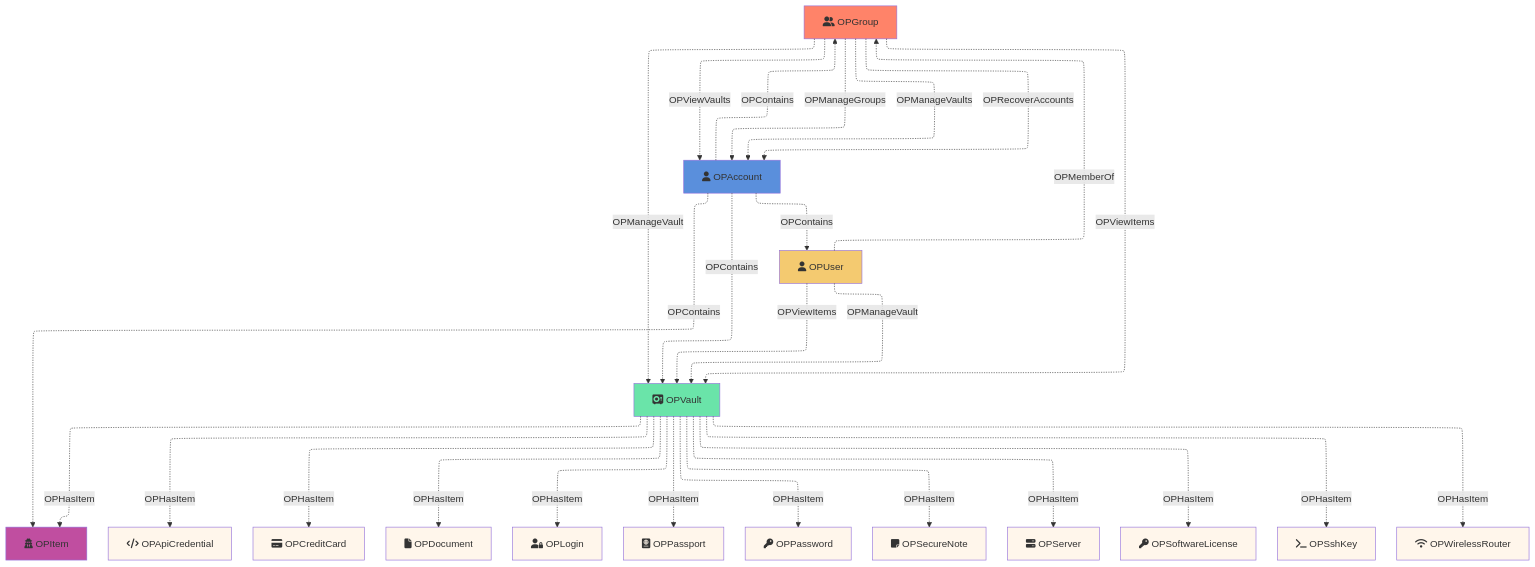
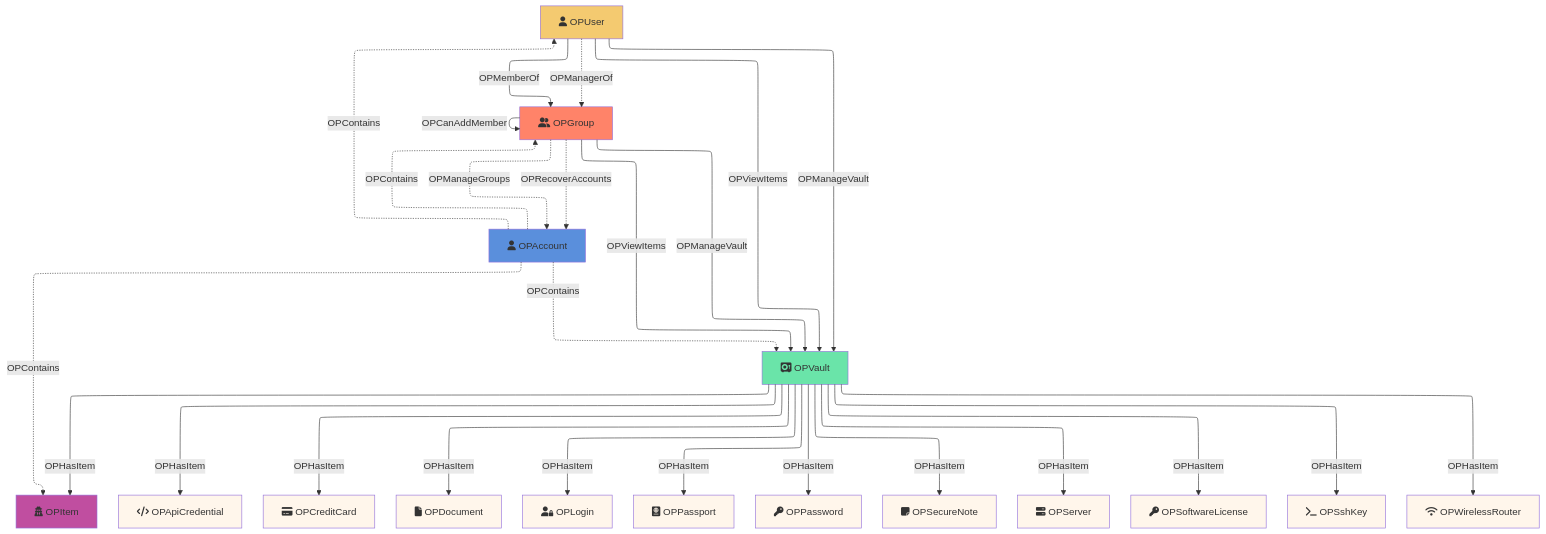
The diagram in model.mermaid (SpecterOps/1PassHound), drawn with Mermaid before and after one commit. The commit also changed 3 other files, not shown here.

Commit message:
Added OPCanAddMember edge

```diff
--- a/model.mermaid
+++ b/model.mermaid
@@ -1,108 +1,116 @@
 ---
 config:
   layout: elk
 ---
 flowchart TD
     OPAccount[fa:fa-user OPAccount]
     OPUser[fa:fa-user OPUser]
     OPGroup[fa:fa-user-group OPGroup]
     OPVault[fa:fa-vault OPVault]
     OPItem[fa:fa-user-secret OPItem]
     OPApiCredential[fa:fa-code OPApiCredential]
     OPCreditCard[fa:fa-credit-card OPCreditCard]
     OPDocument[fa:fa-file OPDocument]
     OPLogin[fa:fa-user-lock OPLogin]
     OPPassport[fa:fa-passport OPPassport]
     OPPassword[fa:fa-key OPPassword]
     OPSecureNote[fa:fa-note-sticky OPSecureNote]
     OPServer[fa:fa-server OPServer]
     OPSoftwareLicense[fa:fa-key OPSoftwareLicense]
     OPSshKey[fa:fa-terminal OPSshKey]
     OPWirelessRouter[fa:fa-wifi OPWirelessRouter]
 
     style OPAccount fill:#5A8FDC
     style OPUser fill:#F4CA70
     style OPGroup fill:#FF8369
     style OPVault fill:#6AE4A9
     style OPItem fill:#C04EA0
     style OPApiCredential fill:#FFF6EB
     style OPCreditCard fill:#FFF6EB
     style OPDocument fill:#FFF6EB
     style OPLogin fill:#FFF6EB
     style OPPassport fill:#FFF6EB
     style OPPassword fill:#FFF6EB
     style OPSecureNote fill:#FFF6EB
     style OPServer fill:#FFF6EB
     style OPSoftwareLicense fill:#FFF6EB
     style OPSshKey fill:#FFF6EB
     style OPWirelessRouter fill:#FFF6EB
     
     OPAccount -.->|OPContains| OPItem
     OPAccount -.->|OPContains| OPUser
     OPAccount -.->|OPContains| OPVault
     OPAccount -.->|OPContains| OPGroup
 
-    OPUser -.->|OPMemberOf| OPGroup
+    OPUser -->|OPMemberOf| OPGroup
+    OPUser -.->|OPManagerOf| OPGroup
 
-    OPUser -.->|OPViewItems| OPVault
+    OPUser -->|OPViewItems| OPVault
 %%  OPUser -.->|OPCreateItems| OPVault
 %%  OPUser -.->|OPEditItems| OPVault
 %%  OPUser -.->|OPArchiveItems| OPVault
 %%  OPUser -.->|OPDeleteItems| OPVault
+    OPUser -->|OPManageVault| OPVault
+%% These represent "Client Settings" that are only applied at the application layer %%
 %%  OPUser -.->|OPViewAndCopyPasswords| OPVault
 %%  OPUser -.->|OPViewItemHistory| OPVault
 %%  OPUser -.->|OPImportItems| OPVault
 %%  OPUser -.->|OPExportItems| OPVault
 %%  OPUser -.->|OPCopyAndShareItems| OPVault
 %%  OPUser -.->|OPPrintItems| OPVault
-    OPUser -.->|OPManageVault| OPVault
 
-    OPGroup -.->|OPViewItems| OPVault
+    OPGroup -->|OPCanAddMember| OPGroup
+
+    OPGroup -->|OPViewItems| OPVault
 %%  OPUser -.->|OPCreateItems| OPVault
 %%  OPUser -.->|OPEditItems| OPVault
 %%  OPUser -.->|OPArchiveItems| OPVault
 %%  OPUser -.->|OPDeleteItems| OPVault
+    OPGroup -->|OPManageVault| OPVault
+%% These represent "Client Settings" that are only applied at the application layer %%
 %%  OPUser -.->|OPViewAndCopyPasswords| OPVault
 %%  OPUser -.->|OPViewItemHistory| OPVault
 %%  OPUser -.->|OPImportItems| OPVault
 %%  OPUser -.->|OPExportItems| OPVault
 %%  OPUser -.->|OPCopyAndShareItems| OPVault
 %%  OPUser -.->|OPPrintItems| OPVault
-    OPGroup -.->|OPManageVault| OPVault
 
 %%  OPGroup -.->|OPAddPerson| OPAccount
 %%  OPGroup -.->|OPChangePersonName| OPAccount
 %%  OPGroup -.->|OPChangeTeamAttributes| OPAccount
 %%  OPGroup -.->|OPChangeTeamDomain| OPAccount
 %%  OPGroup -.->|OPChangeTeamSettings| OPAccount
 %%  OPGroup -.->|OPCreateVaults| OPAccount
 %%  OPGroup -.->|OPDeletePerson| OPAccount
 %%  OPGroup -.->|OPDeleteTeam| OPAccount
 %%  OPGroup -.->|OPManageBilling| OPAccount
+%% OPManageGroups is used to generate the OPCanAddMember edge %%
     OPGroup -.->|OPManageGroups| OPAccount
 %%  OPGroup -.->|OPManageTemplates| OPAccount
-    OPGroup -.->|OPManageVaults| OPAccount
+%% OPManageVaults seemed promising, but it essentially guarantees OPManageVault over all newly created Vaults which is already represented %%
+%%  OPGroup -.->|OPManageVaults| OPAccount
 %%  OPGroup -.->|OPProvisionPeople| OPAccount
+%% I have not completely validated the recovery workflow, but this seems to be an account takeover primitive %%
     OPGroup -.->|OPRecoverAccounts| OPAccount
 %%  OPGroup -.->|OPSuspendPerson| OPAccount
 %%  OPGroup -.->|OPSuspendTeam| OPAccount
 %%  OPGroup -.->|OPViewActivitiesLog| OPAccount
 %%  OPGroup -.->|OPViewAdministrativeSidebar| OPAccount
 %%  OPGroup -.->|OPViewBilling| OPAccount
 %%  OPGroup -.->|OPViewPeople| OPAccount
 %%  OPGroup -.->|OPViewTeamSettings| OPAccount
 %%  OPGroup -.->|OPViewTemplates| OPAccount
-    OPGroup -.->|OPViewVaults| OPAccount
+%%  OPGroup -.->|OPViewVaults| OPAccount
 
-    OPVault -.->|OPHasItem| OPItem
-    OPVault -.->|OPHasItem| OPApiCredential
-    OPVault -.->|OPHasItem| OPCreditCard
-    OPVault -.->|OPHasItem| OPDocument
-    OPVault -.->|OPHasItem| OPLogin
-    OPVault -.->|OPHasItem| OPPassport
-    OPVault -.->|OPHasItem| OPPassword
-    OPVault -.->|OPHasItem| OPSecureNote
-    OPVault -.->|OPHasItem| OPServer
-    OPVault -.->|OPHasItem| OPSoftwareLicense
-    OPVault -.->|OPHasItem| OPSshKey
-    OPVault -.->|OPHasItem| OPWirelessRouter
+    OPVault -->|OPHasItem| OPItem
+    OPVault -->|OPHasItem| OPApiCredential
+    OPVault -->|OPHasItem| OPCreditCard
+    OPVault -->|OPHasItem| OPDocument
+    OPVault -->|OPHasItem| OPLogin
+    OPVault -->|OPHasItem| OPPassport
+    OPVault -->|OPHasItem| OPPassword
+    OPVault -->|OPHasItem| OPSecureNote
+    OPVault -->|OPHasItem| OPServer
+    OPVault -->|OPHasItem| OPSoftwareLicense
+    OPVault -->|OPHasItem| OPSshKey
+    OPVault -->|OPHasItem| OPWirelessRouter
```
